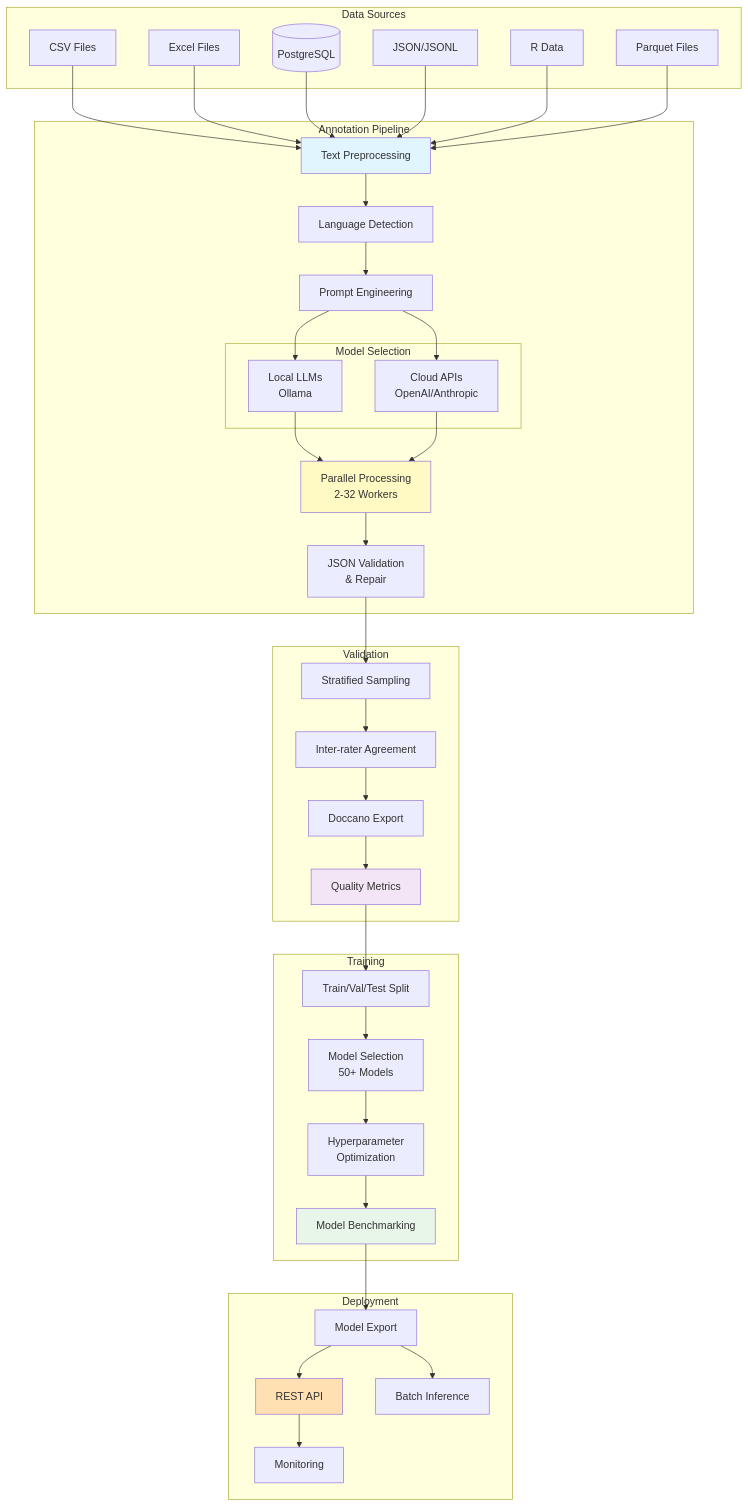
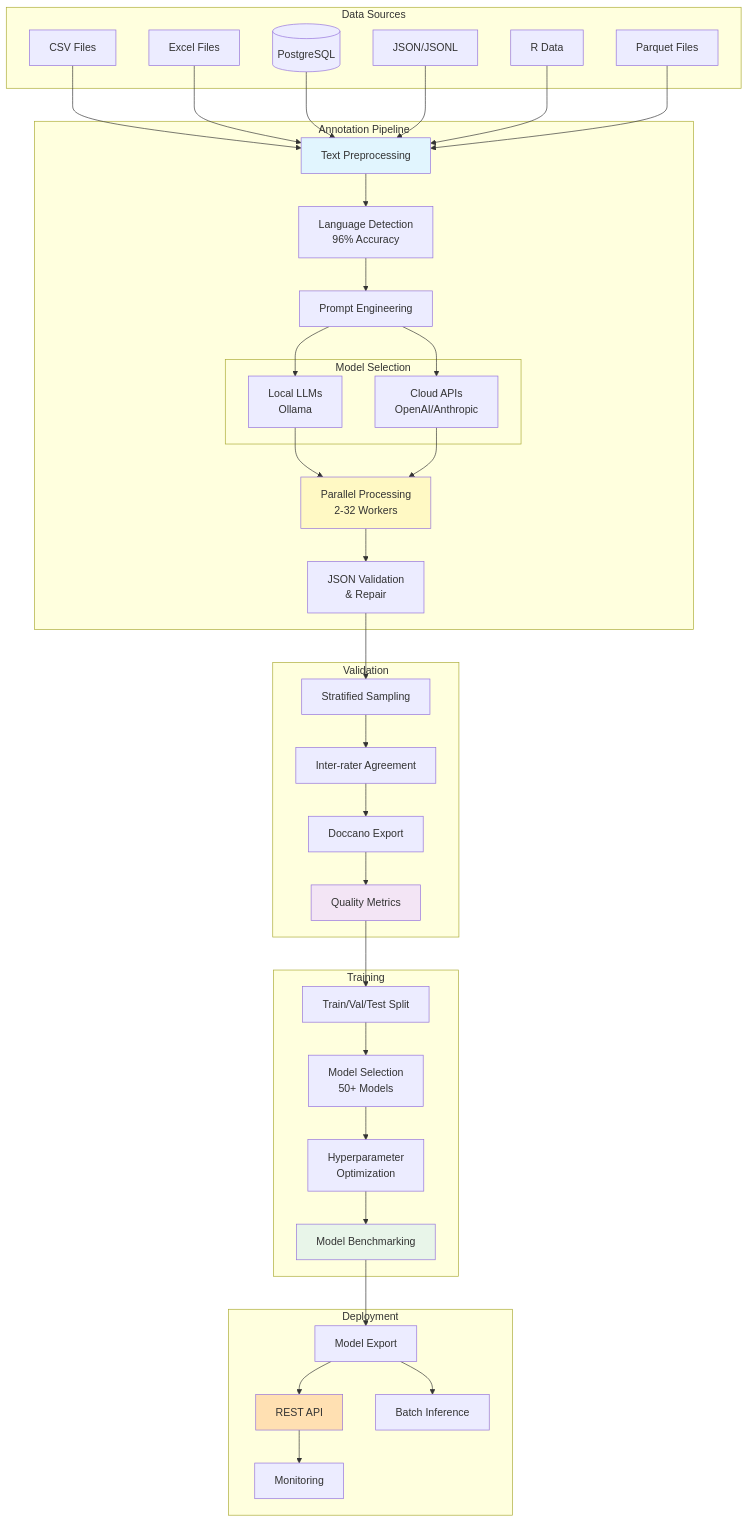
One commit to antoinelemor/LLM_Tool changed the first of 3 diagrams in README.md. Above: the diagram before and after it, drawn with Mermaid. The commit also changed other lines of this file and 49 other files, not shown here.

````diff
--- a/README.md
+++ b/README.md
@@ -38,82 +38,82 @@
 ```mermaid
 graph TB
     subgraph "Data Sources"
         CSV[CSV Files]
         Excel[Excel Files]
         DB[(PostgreSQL)]
         JSON[JSON/JSONL]
         RData[R Data]
         Parquet[Parquet Files]
     end
 
     subgraph "Annotation Pipeline"
         PreProc[Text Preprocessing]
-        LangDetect[Language Detection]
+        LangDetect[Language Detection<br/>96% Accuracy]
         PromptEng[Prompt Engineering]
 
         subgraph "Model Selection"
             LocalLLM[Local LLMs<br/>Ollama]
             CloudAPI[Cloud APIs<br/>OpenAI/Anthropic]
         end
 
         Parallel[Parallel Processing<br/>2-32 Workers]
         JsonVal[JSON Validation<br/>& Repair]
     end
 
     subgraph "Validation"
         Sample[Stratified Sampling]
         Agreement[Inter-rater Agreement]
         Doccano[Doccano Export]
         QualityCheck[Quality Metrics]
     end
 
     subgraph "Training"
         DataSplit[Train/Val/Test Split]
         ModelSelect[Model Selection<br/>50+ Models]
         HyperOpt[Hyperparameter<br/>Optimization]
         Benchmark[Model Benchmarking]
     end
 
     subgraph "Deployment"
         Export[Model Export]
         API[REST API]
         Monitor[Monitoring]
         Inference[Batch Inference]
     end
 
     CSV --> PreProc
     Excel --> PreProc
     DB --> PreProc
     JSON --> PreProc
     RData --> PreProc
     Parquet --> PreProc
 
     PreProc --> LangDetect
     LangDetect --> PromptEng
     PromptEng --> LocalLLM
     PromptEng --> CloudAPI
     LocalLLM --> Parallel
     CloudAPI --> Parallel
     Parallel --> JsonVal
 
     JsonVal --> Sample
     Sample --> Agreement
     Agreement --> Doccano
     Doccano --> QualityCheck
 
     QualityCheck --> DataSplit
     DataSplit --> ModelSelect
     ModelSelect --> HyperOpt
     HyperOpt --> Benchmark
 
     Benchmark --> Export
     Export --> API
     API --> Monitor
     Export --> Inference
 
     style PreProc fill:#e1f5fe
     style Parallel fill:#fff9c4
     style QualityCheck fill:#f3e5f5
     style Benchmark fill:#e8f5e9
     style API fill:#ffe0b2
 ```
````
